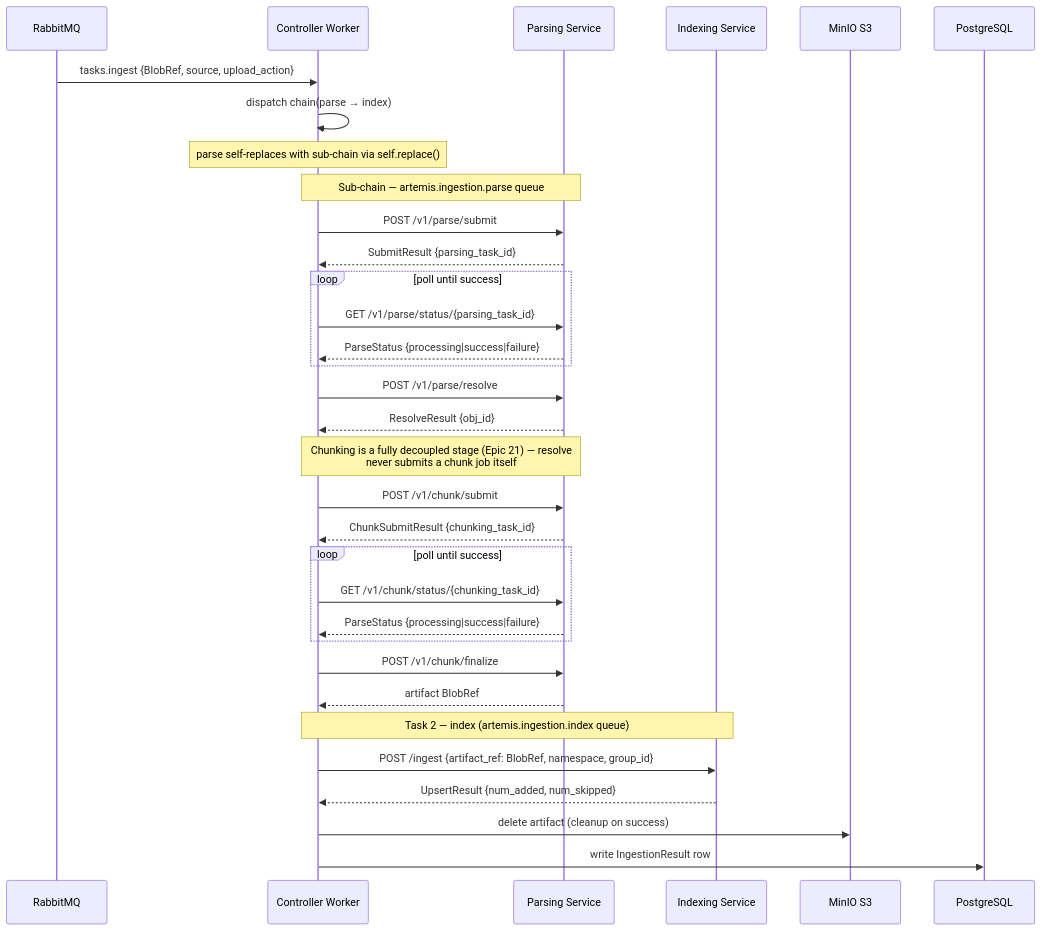
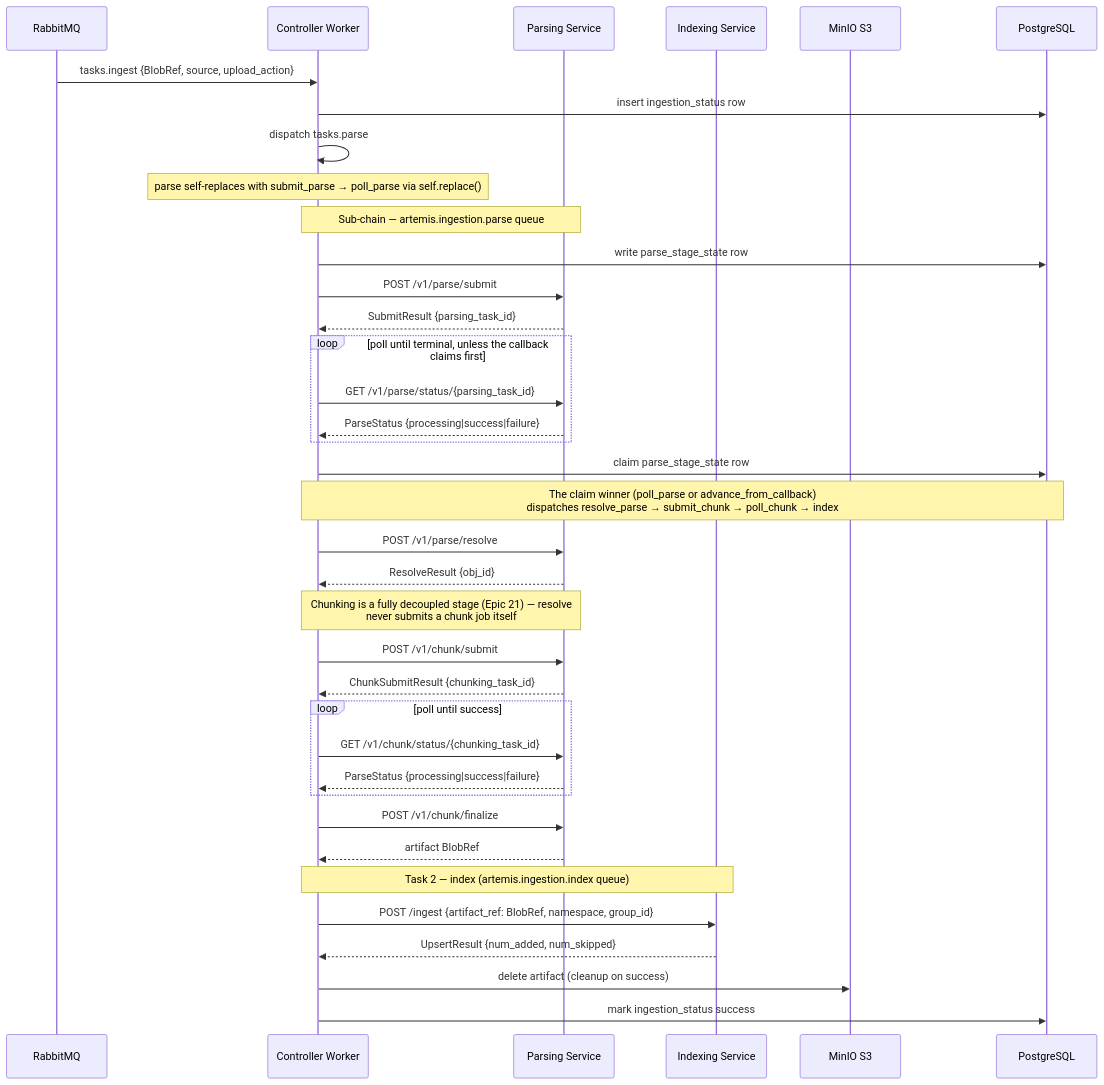
One commit to k-sparrow/artemis changed the second of 4 diagrams in docs/architecture/ingestion-subsystem.md. Above: the diagram before and after it, drawn with Mermaid. The commit also changed other lines of this file and 13 other files, not shown here.

````diff
--- a/docs/architecture/ingestion-subsystem.md
+++ b/docs/architecture/ingestion-subsystem.md
@@ -119,39 +123,43 @@
 ```mermaid
 sequenceDiagram
     participant Q as RabbitMQ
     participant CW as Controller Worker
     participant PS as Parsing Service
     participant IS as Indexing Service
     participant S3 as MinIO S3
     participant PG as PostgreSQL
 
     Q->>CW: tasks.ingest {BlobRef, source, upload_action}
-    CW->>CW: dispatch chain(parse → index)
-    note over CW: parse self-replaces with sub-chain via self.replace()
+    CW->>PG: insert ingestion_status row
+    CW->>CW: dispatch tasks.parse
+    note over CW: parse self-replaces with submit_parse → poll_parse via self.replace()
 
     note over CW,PS: Sub-chain — artemis.ingestion.parse queue
+    CW->>PG: write parse_stage_state row
     CW->>PS: POST /v1/parse/submit
     PS-->>CW: SubmitResult {parsing_task_id}
-    loop poll until success
+    loop poll until terminal, unless the callback claims first
         CW->>PS: GET /v1/parse/status/{parsing_task_id}
         PS-->>CW: ParseStatus {processing|success|failure}
     end
+    CW->>PG: claim parse_stage_state row
+    note over CW,PG: The claim winner (poll_parse or advance_from_callback)<br/>dispatches resolve_parse → submit_chunk → poll_chunk → index
     CW->>PS: POST /v1/parse/resolve
     PS-->>CW: ResolveResult {obj_id}
     note over CW,PS: Chunking is a fully decoupled stage (Epic 21) — resolve<br/>never submits a chunk job itself
     CW->>PS: POST /v1/chunk/submit
     PS-->>CW: ChunkSubmitResult {chunking_task_id}
     loop poll until success
         CW->>PS: GET /v1/chunk/status/{chunking_task_id}
         PS-->>CW: ParseStatus {processing|success|failure}
     end
     CW->>PS: POST /v1/chunk/finalize
     PS-->>CW: artifact BlobRef
 
     note over CW,IS: Task 2 — index (artemis.ingestion.index queue)
     CW->>IS: POST /ingest {artifact_ref: BlobRef, namespace, group_id}
     IS-->>CW: UpsertResult {num_added, num_skipped}
 
     CW->>S3: delete artifact (cleanup on success)
-    CW->>PG: write IngestionResult row
+    CW->>PG: mark ingestion_status success
 ```
````
